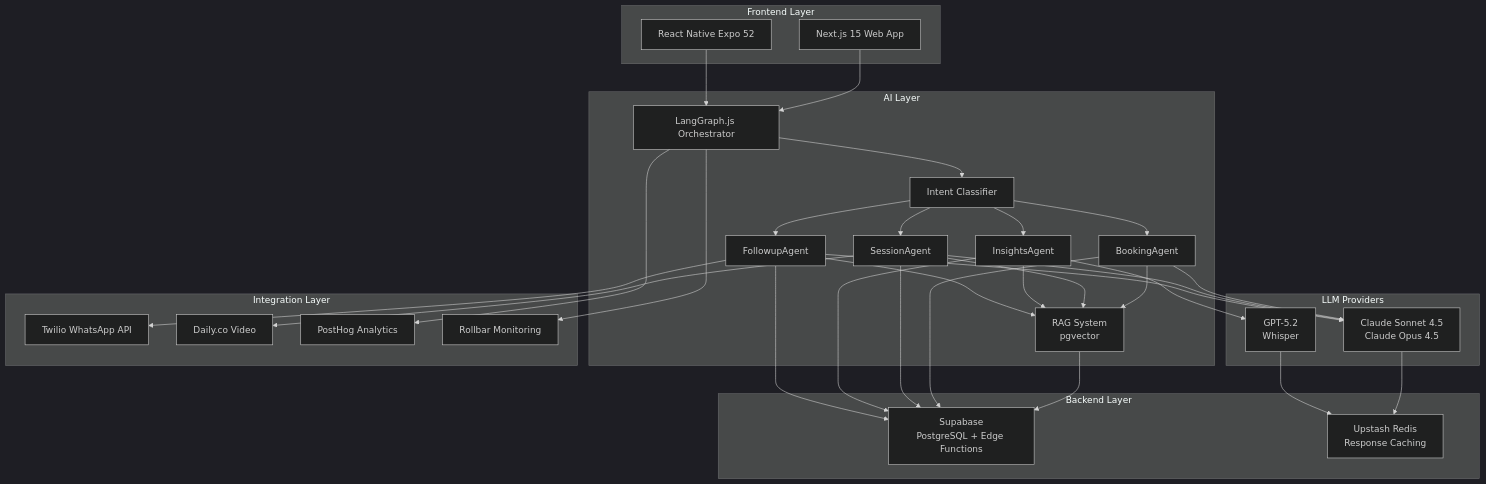
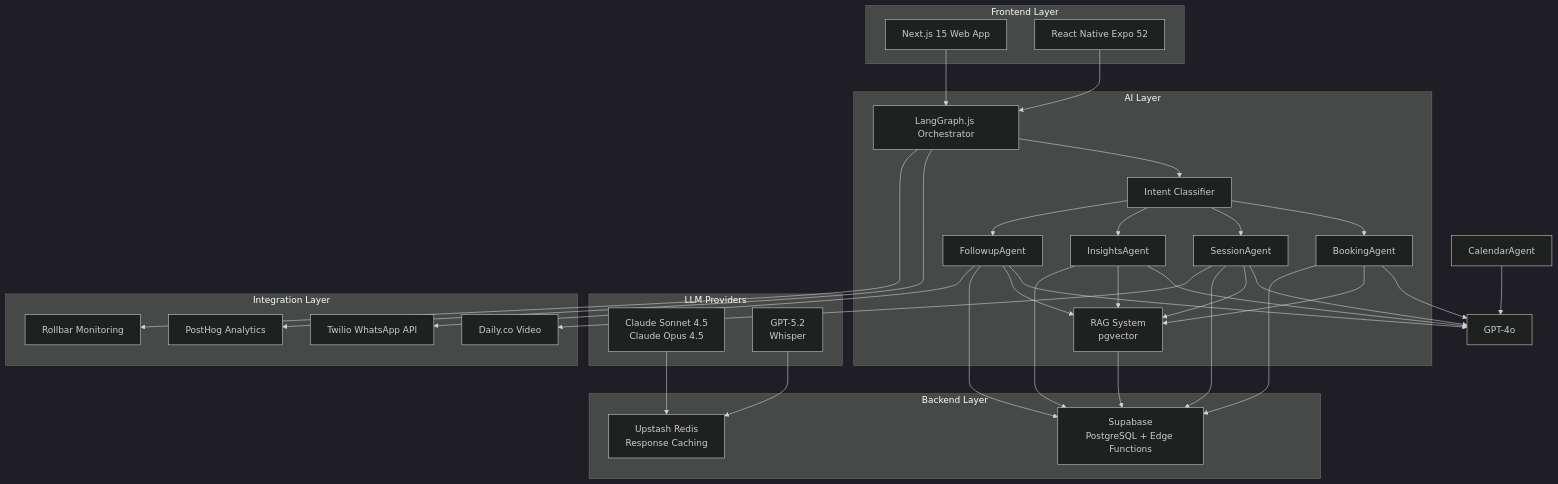
The sixth of 9 diagrams in Master_PRD__AI-Powered_Therapy_Platform_-_TherapyFlow_AI.md (swami086/Arthi_react_native), drawn with Mermaid (dark theme) before and after one commit. The commit also changed other lines of this file and 25 other files, not shown here.

First line of the commit message:
feat: Implement Calendar Management Agent with fixes for all verification comments

````diff
--- a/Master_PRD__AI-Powered_Therapy_Platform_-_TherapyFlow_AI.md
+++ b/Master_PRD__AI-Powered_Therapy_Platform_-_TherapyFlow_AI.md
@@ -462,69 +463,70 @@
 ```mermaid
 graph TD
     subgraph "Frontend Layer"
         WebApp[Next.js 15 Web App]
         MobileApp[React Native Expo 52]
     end
     
     subgraph "AI Layer"
         Orchestrator[LangGraph.js Orchestrator]
         IntentClassifier[Intent Classifier]
         
         BookingAgent[BookingAgent]
         SessionAgent[SessionAgent]
         InsightsAgent[InsightsAgent]
         FollowupAgent[FollowupAgent]
         
         RAG[RAG System<br/>pgvector]
     end
     
     subgraph "LLM Providers"
         Claude[Claude Sonnet 4.5<br/>Claude Opus 4.5]
         GPT[GPT-5.2<br/>Whisper]
     end
     
     subgraph "Backend Layer"
         Supabase[Supabase<br/>PostgreSQL + Edge Functions]
         Cache[Upstash Redis<br/>Response Caching]
     end
     
     subgraph "Integration Layer"
         Twilio[Twilio WhatsApp API]
         DailyCo[Daily.co Video]
         PostHog[PostHog Analytics]
         Rollbar[Rollbar Monitoring]
     end
     
     WebApp --> Orchestrator
     MobileApp --> Orchestrator
     
     Orchestrator --> IntentClassifier
     IntentClassifier --> BookingAgent
     IntentClassifier --> SessionAgent
     IntentClassifier --> InsightsAgent
     IntentClassifier --> FollowupAgent
     
-    BookingAgent --> Claude
-    SessionAgent --> Claude
-    InsightsAgent --> GPT
-    FollowupAgent --> Claude
+    BookingAgent --> GPT4o[GPT-4o]
+    SessionAgent --> GPT4o
+    InsightsAgent --> GPT4o
+    FollowupAgent --> GPT4o
+    CalendarAgent --> GPT4o
     
     BookingAgent --> RAG
     SessionAgent --> RAG
     InsightsAgent --> RAG
     FollowupAgent --> RAG
     
     RAG --> Supabase
     BookingAgent --> Supabase
     SessionAgent --> Supabase
     InsightsAgent --> Supabase
     FollowupAgent --> Supabase
     
     Claude --> Cache
     GPT --> Cache
     
     FollowupAgent --> Twilio
     SessionAgent --> DailyCo
     Orchestrator --> PostHog
     Orchestrator --> Rollbar
 ```
````
